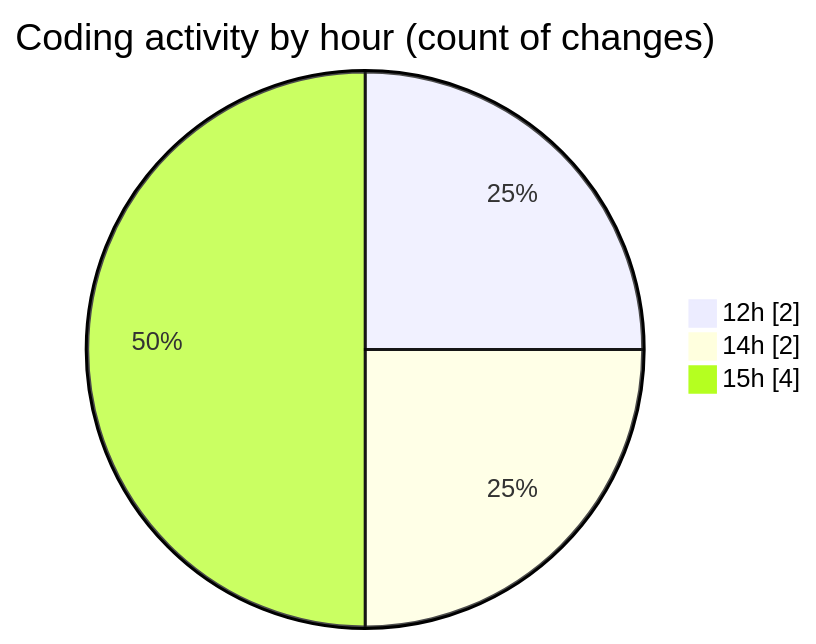
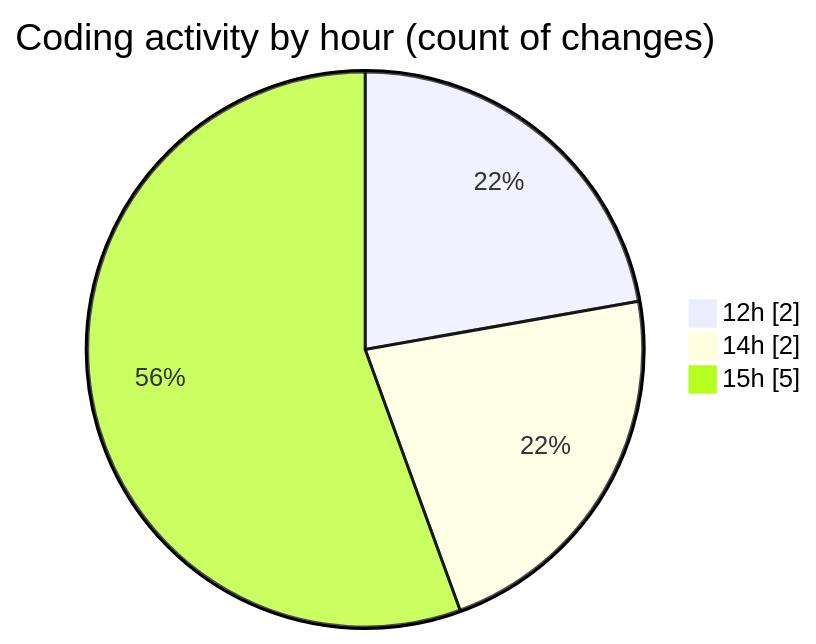
Before and after one commit to debugP/code-tracking: the second of 2 diagrams in 2026-11-10/wp-content__workspace_/README.md, drawn with Mermaid. The commit also changed other lines of this file and 1 other file, not shown here.

````diff
--- a/2026-11-10/wp-content__workspace_/README.md
+++ b/2026-11-10/wp-content__workspace_/README.md
@@ -30,7 +30,7 @@
 ```mermaid
 pie showData
 title Coding activity by hour (count of changes)
 "12h" : 2
 "14h" : 2
-"15h" : 4
+"15h" : 5
 ```
````
